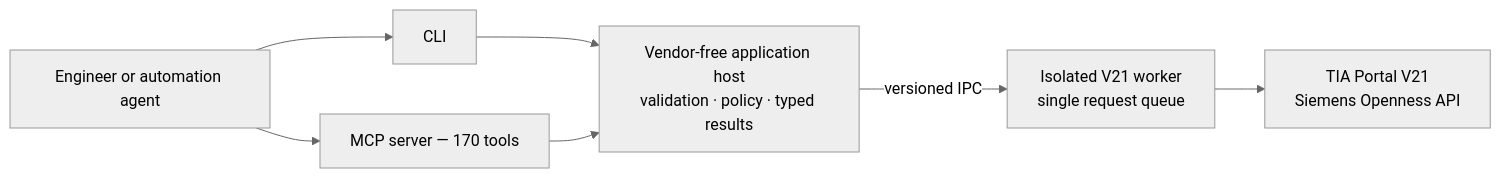
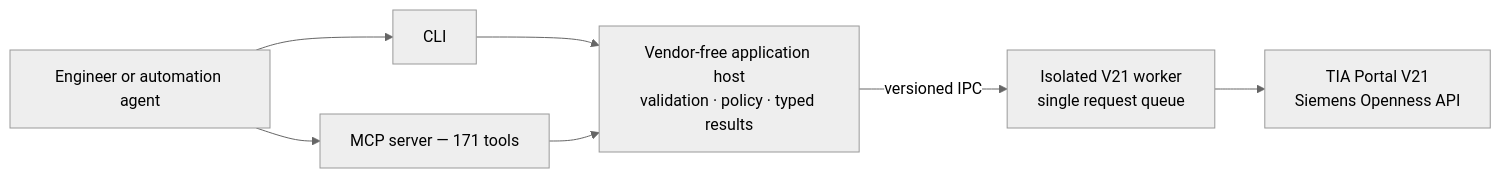
The diagram in README.md (mistik91/OpenTiaToolkit), drawn with Mermaid (neutral theme) before and after one commit. The commit also changed other lines of this file and 52 other files, not shown here.

````diff
--- a/README.md
+++ b/README.md
@@ -61,16 +61,16 @@
 ```mermaid
 flowchart LR
     U["Engineer or automation agent"]
     CLI["CLI"]
-    MCP["MCP server — 170 tools"]
+    MCP["MCP server — 171 tools"]
     APP["Vendor-free application host<br/>validation · policy · typed results"]
     W["Isolated V21 worker<br/>single request queue"]
     TIA["TIA Portal V21<br/>Siemens Openness API"]
 
     U --> CLI
     U --> MCP
     CLI --> APP
     MCP --> APP
     APP -->|"versioned IPC"| W
     W --> TIA
 ```
````
